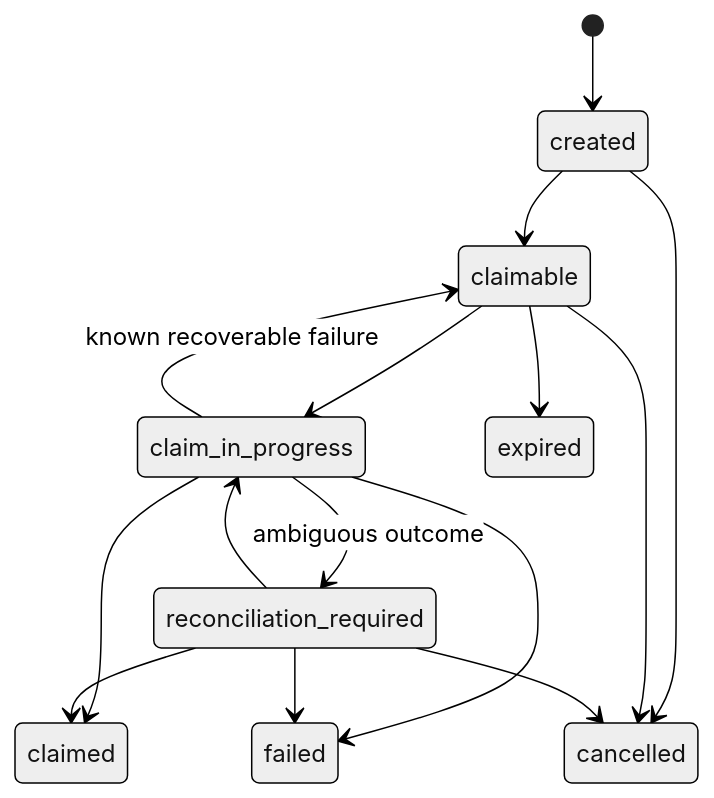
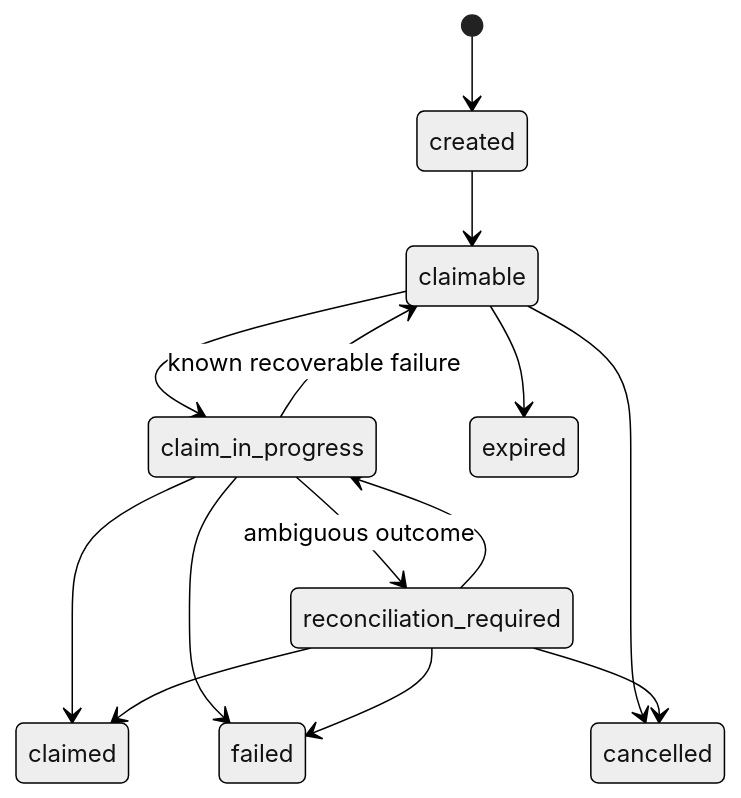
Before and after one commit to robyroro/libreward-bridge: the second of 5 diagrams in docs/ARCHITECTURE.md, drawn with Mermaid (neutral theme). The commit also changed other lines of this file and 101 other files, not shown here.

````diff
--- a/docs/ARCHITECTURE.md
+++ b/docs/ARCHITECTURE.md
@@ -21,17 +23,16 @@
 ```mermaid
 stateDiagram-v2
   [*] --> created
   created --> claimable
-  created --> cancelled
   claimable --> claim_in_progress
   claimable --> expired
   claimable --> cancelled
   claim_in_progress --> claimed
   claim_in_progress --> claimable: known recoverable failure
   claim_in_progress --> failed
   claim_in_progress --> reconciliation_required: ambiguous outcome
   reconciliation_required --> claim_in_progress
   reconciliation_required --> claimed
   reconciliation_required --> failed
   reconciliation_required --> cancelled
 ```
````
